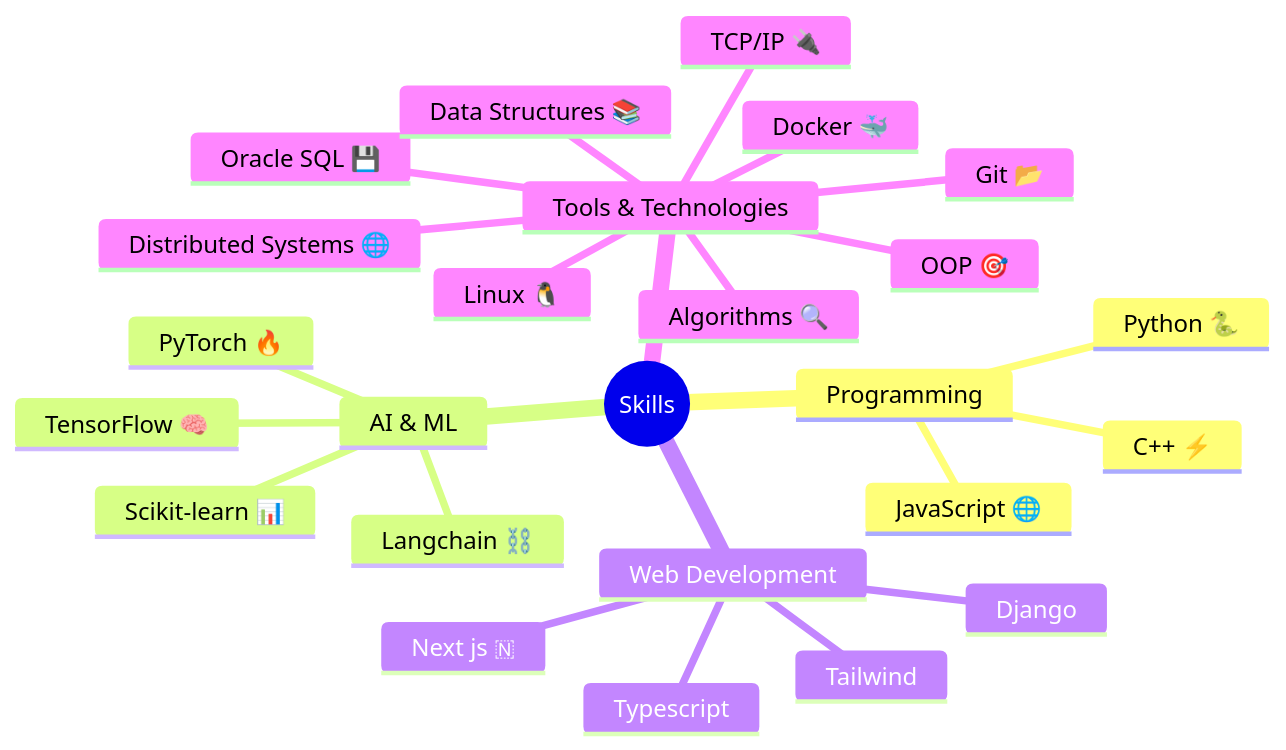
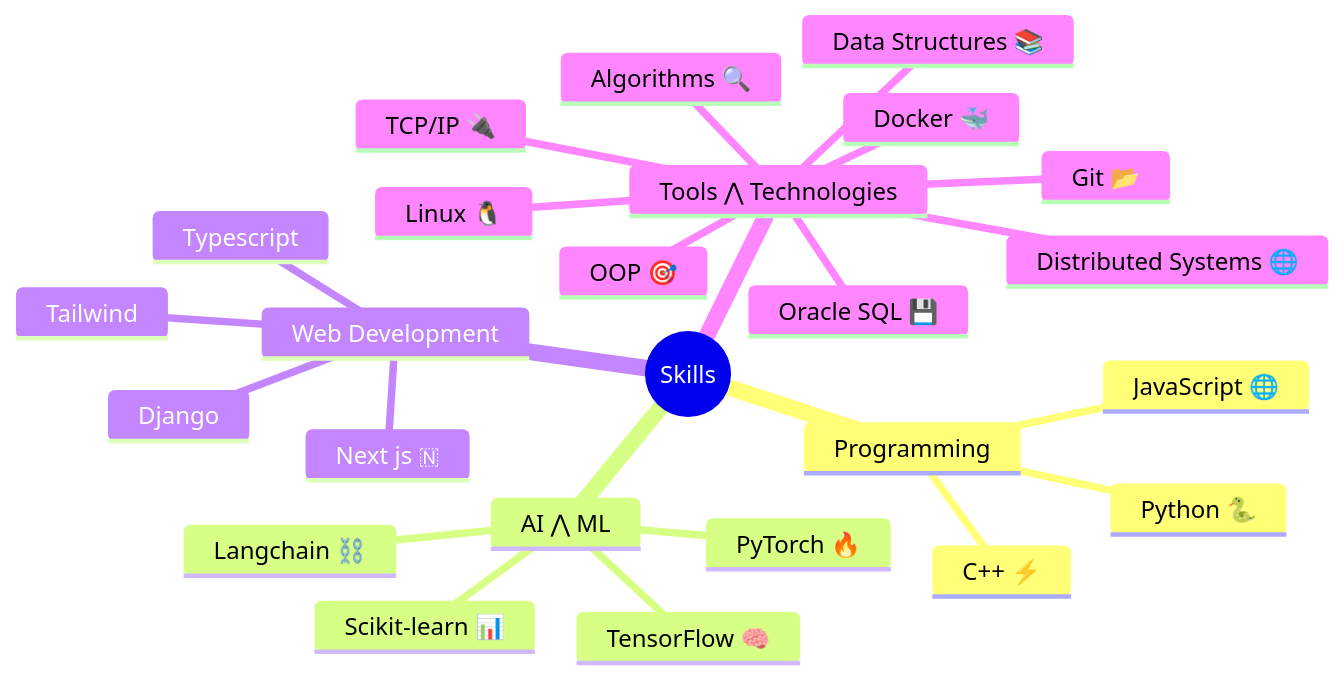
Before and after one commit to abhishekpanthee/abhishekpanthee: the diagram in README.md, drawn with Mermaid. The commit also changed other lines of this file and 12 other files, not shown here.

````diff
--- a/README.md
+++ b/README.md
@@ -36,28 +31,28 @@
 ```mermaid
 mindmap
   root((Skills))
     Programming
       Python 🐍
       C++ ⚡
       JavaScript 🌐
-    AI &amp; ML
+    AI ⋀ ML
       TensorFlow 🧠
       PyTorch 🔥
       Scikit-learn 📊
       Langchain ⛓️
     Web Development
       Typescript
       Tailwind
       Django
       Next js 🇳
-    Tools &amp; Technologies
+    Tools ⋀ Technologies
       Git 📂
       Docker 🐳 
       Linux 🐧
       Oracle SQL 💾
       Data Structures 📚
       Algorithms 🔍
       OOP 🎯
       Distributed Systems 🌐
       TCP/IP 🔌
 ```
````
